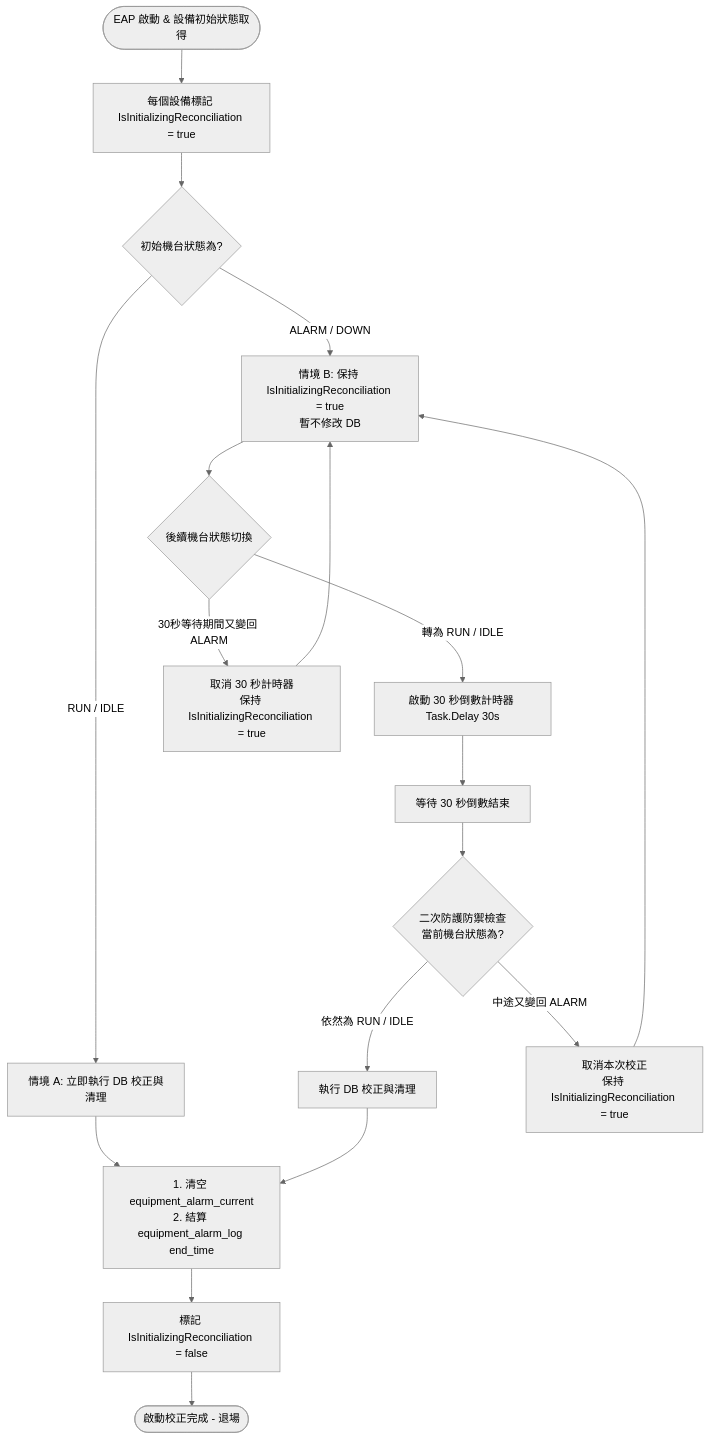
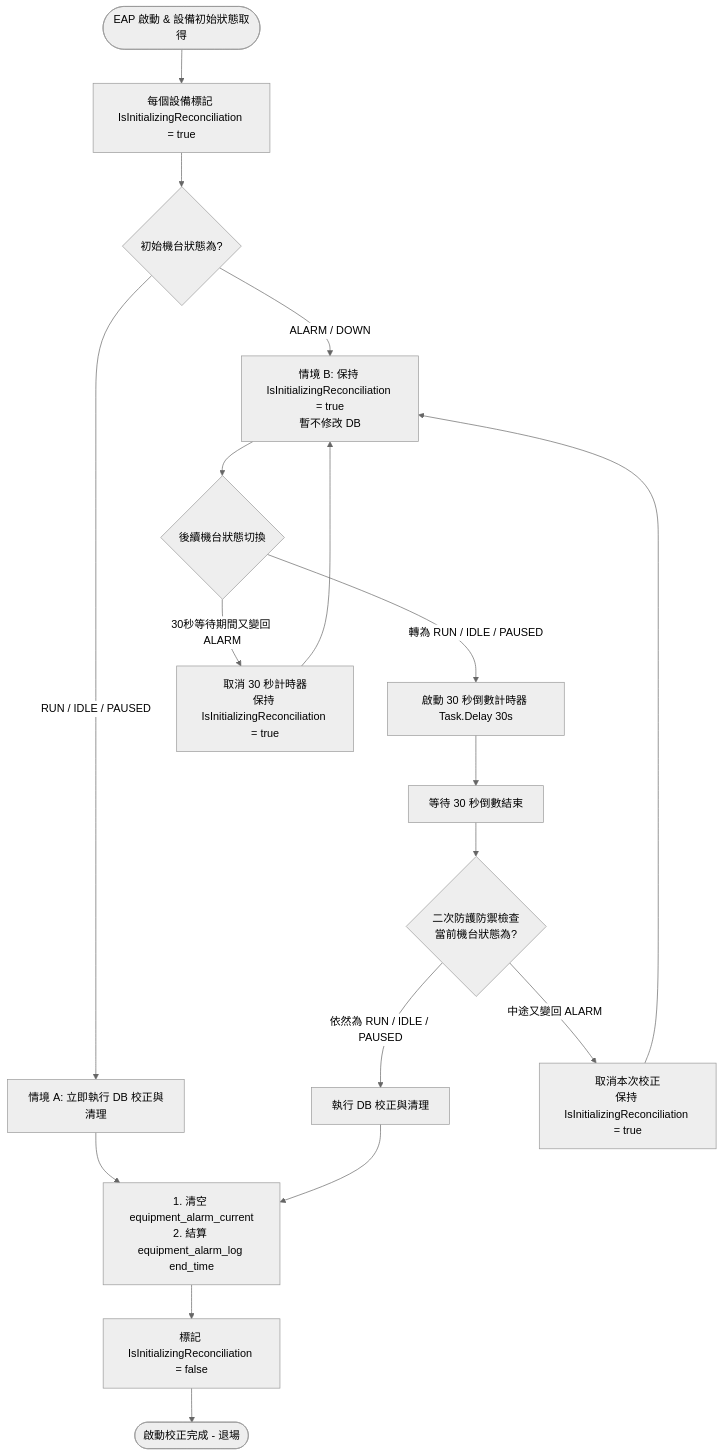
One commit to eHsuan/EAPDashboard changed the diagram in doc/orphan_alarm_reconciliation_workflow.md. Above: the diagram before and after it, drawn with Mermaid (neutral theme). The commit also changed other lines of this file and 5 other files, not shown here.

````diff
--- a/doc/orphan_alarm_reconciliation_workflow.md
+++ b/doc/orphan_alarm_reconciliation_workflow.md
@@ -9,28 +9,28 @@
 ```mermaid
 flowchart TD
     Start([EAP 啟動 & 設備初始狀態取得]) --> InitFlag[每個設備標記 IsInitializingReconciliation = true]
     InitFlag --> CheckInitialState{初始機台狀態為?}
 
-    %% 情境 A: 初始狀態為 RUN / IDLE
-    CheckInitialState -- RUN / IDLE --> ExecImmediateReconcile[情境 A: 立即執行 DB 校正與清理]
+    %% 情境 A: 初始狀態為 RUN / IDLE / PAUSED
+    CheckInitialState -- RUN / IDLE / PAUSED --> ExecImmediateReconcile[情境 A: 立即執行 DB 校正與清理]
     ExecImmediateReconcile --> ClearDb[1. 清空 equipment_alarm_current<br/>2. 結算 equipment_alarm_log end_time]
     ClearDb --> TurnOffFlag[標記 IsInitializingReconciliation = false]
     TurnOffFlag --> EndA([啟動校正完成 - 退場])
 
     %% 情境 B: 初始狀態為 ALARM / DOWN
     CheckInitialState -- ALARM / DOWN --> PendingState[情境 B: 保持 IsInitializingReconciliation = true<br/>暫不修改 DB]
     PendingState --> ListenStateChange{後續機台狀態切換}
     
-    ListenStateChange -- 轉為 RUN / IDLE --> StartTimer[啟動 30 秒倒數計時器 Task.Delay 30s]
+    ListenStateChange -- 轉為 RUN / IDLE / PAUSED --> StartTimer[啟動 30 秒倒數計時器 Task.Delay 30s]
     StartTimer --> TimerDelay[等待 30 秒倒數結束]
     
     TimerDelay --> DoubleCheck{二次防護防禦檢查<br/>當前機台狀態為?}
-    DoubleCheck -- 依然為 RUN / IDLE --> ExecDelayedReconcile[執行 DB 校正與清理]
+    DoubleCheck -- 依然為 RUN / IDLE / PAUSED --> ExecDelayedReconcile[執行 DB 校正與清理]
     ExecDelayedReconcile --> ClearDb
     
     DoubleCheck -- 中途又變回 ALARM --> CancelReconcile[取消本次校正<br/>保持 IsInitializingReconciliation = true]
     CancelReconcile --> PendingState
     
     ListenStateChange -- 30秒等待期間又變回 ALARM --> CancelTimer[取消 30 秒計時器<br/>保持 IsInitializingReconciliation = true]
     CancelTimer --> PendingState
 ```
````
